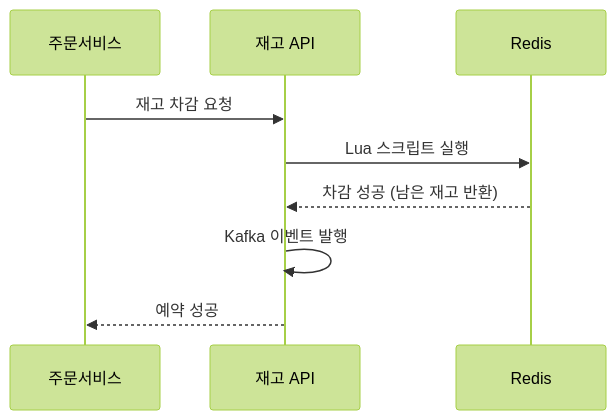
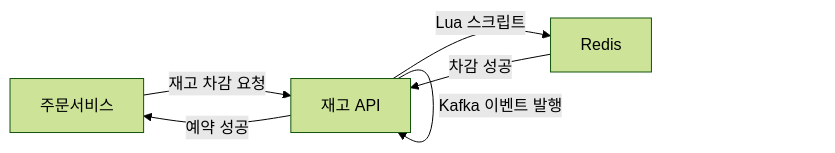
Before and after one commit to yjkim2015/yjkim2015.github.io: the second of 4 diagrams in _posts/systemdesign/2026-05-11-system-design-inventory.md, drawn with Mermaid (forest theme). The commit also changed other lines of this file and 84 other files, not shown here.

First line of the commit message:
85개 포스트 Mermaid 다이어그램 규칙 일괄 수정

````diff
--- a/_posts/systemdesign/2026-05-11-system-design-inventory.md
+++ b/_posts/systemdesign/2026-05-11-system-design-inventory.md
@@ -161,11 +161,8 @@
 ```mermaid
-sequenceDiagram
-    participant OS as 주문서비스
-    participant IS as 재고 API
-    participant R as Redis
-    OS->>IS: 재고 차감 요청
-    IS->>R: Lua 스크립트 실행
-    R-->>IS: 차감 성공 (남은 재고 반환)
-    IS->>IS: Kafka 이벤트 발행
-    IS-->>OS: 예약 성공
+graph LR
+    A[주문서비스] -->|재고 차감 요청| B[재고 API]
+    B -->|Lua 스크립트| C[Redis]
+    C -->|차감 성공| B
+    B -->|Kafka 이벤트 발행| B
+    B -->|예약 성공| A
 ```
````
